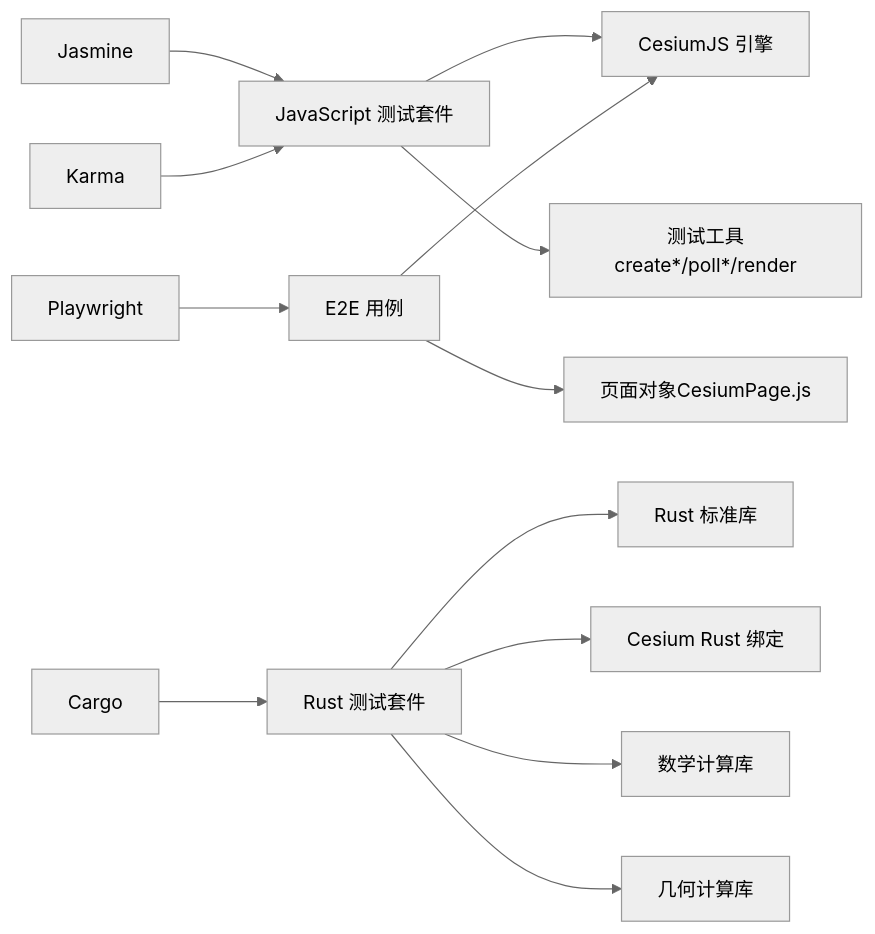
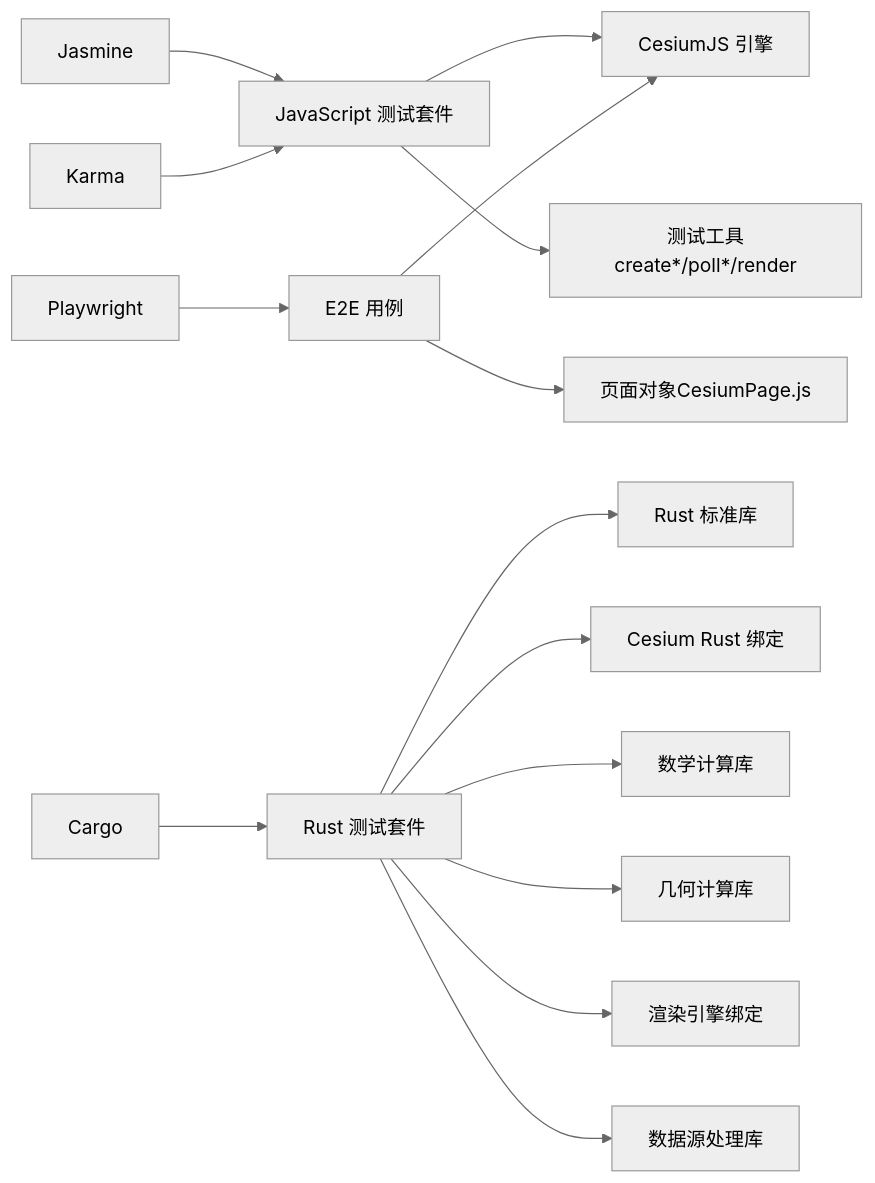
The sixth of 6 diagrams in .qoder/repowiki/zh/content/测试与调试/Specs测试框架.md (rzhangjing/cesium), drawn with Mermaid (neutral theme) before and after one commit. The commit also changed other lines of this file and 16 other files, not shown here.

````diff
--- a/.qoder/repowiki/zh/content/测试与调试/Specs测试框架.md
+++ b/.qoder/repowiki/zh/content/测试与调试/Specs测试框架.md
@@ -457,15 +473,17 @@
 ```mermaid
 graph LR
 Jasmine["Jasmine"] --> Specs["JavaScript 测试套件"]
 Karma["Karma"] --> Specs
 Playwright["Playwright"] --> E2E["E2E 用例"]
 Specs --> Cesium["CesiumJS 引擎"]
 E2E --> Cesium
 Specs --> Tools["测试工具create*/poll*/render"]
 E2E --> PageObj["页面对象CesiumPage.js"]
 Cargo["Cargo"] --> RustSpecs["Rust 测试套件"]
 RustSpecs --> RustLibs["Rust 标准库"]
 RustSpecs --> CesiumRust["Cesium Rust 绑定"]
 RustSpecs --> MathLibs["数学计算库"]
 RustSpecs --> GeometryLibs["几何计算库"]
+RustSpecs --> RenderingLibs["渲染引擎绑定"]
+RustSpecs --> DataSourceLibs["数据源处理库"]
 ```
````
